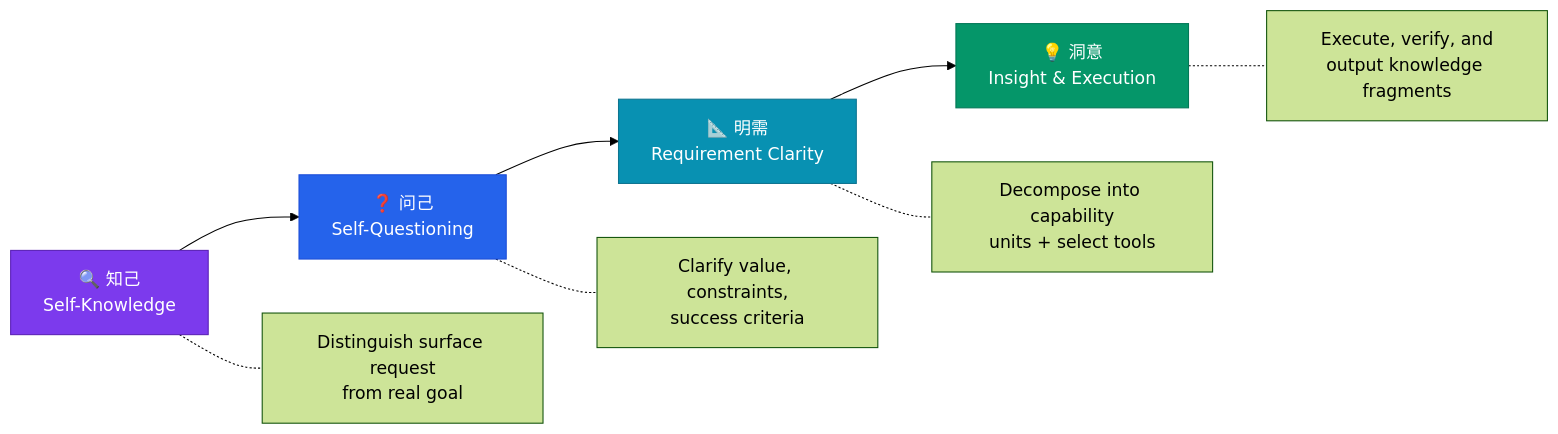
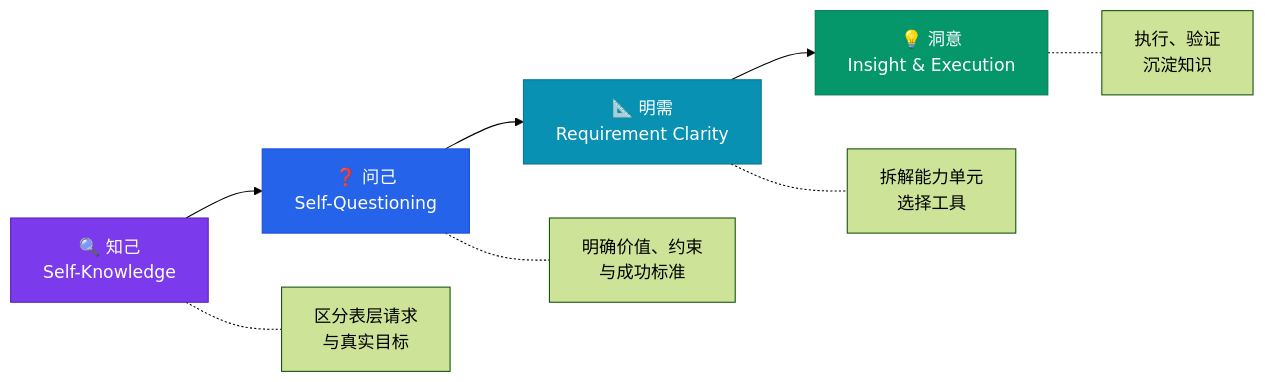
One commit to tensely0228/ZHIXI changed the diagram in README.md. Above: the diagram before and after it, drawn with Mermaid (forest theme). The commit also changed other lines of this file, not shown here.

````diff
--- a/README.md
+++ b/README.md
@@ -55,16 +43,16 @@
 ```mermaid
 flowchart LR
     A["🔍 知己<br/>Self-Knowledge"] --> B["❓ 问己<br/>Self-Questioning"]
     B --> C["📐 明需<br/>Requirement Clarity"]
     C --> D["💡 洞意<br/>Insight & Execution"]
 
-    A -.- A1["Distinguish surface request<br/>from real goal"]
-    B -.- B1["Clarify value, constraints,<br/>success criteria"]
-    C -.- C1["Decompose into capability<br/>units + select tools"]
-    D -.- D1["Execute, verify, and<br/>output knowledge fragments"]
+    A -.- A1["区分表层请求<br/>与真实目标"]
+    B -.- B1["明确价值、约束<br/>与成功标准"]
+    C -.- C1["拆解能力单元<br/>选择工具"]
+    D -.- D1["执行、验证<br/>沉淀知识"]
 
     style A fill:#7c3aed,stroke:#5b21b6,color:#fff
     style B fill:#2563eb,stroke:#1d4ed8,color:#fff
     style C fill:#0891b2,stroke:#0e7490,color:#fff
     style D fill:#059669,stroke:#047857,color:#fff
 ```
````
